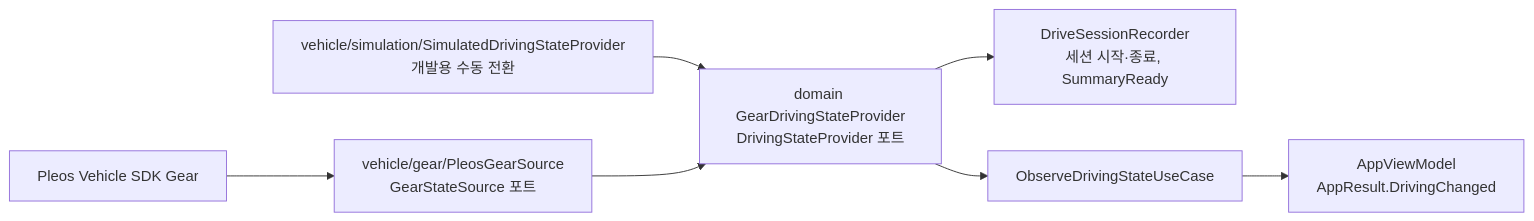
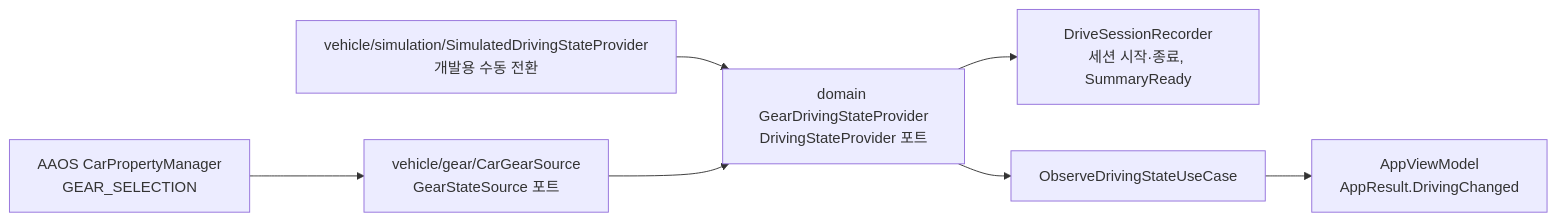
The diagram in docs/plans/active/T-034-gear-driving-state.md (Potatoes-Book-5/WithIm), drawn with Mermaid before and after one commit. The commit also changed other lines of this file and 15 other files, not shown here.

First line of the commit message:
refactor(F-009): read the gear from AAOS GEAR_SELECTION

````diff
--- a/docs/plans/active/T-034-gear-driving-state.md
+++ b/docs/plans/active/T-034-gear-driving-state.md
@@ -30,8 +27,8 @@
 ```mermaid
 flowchart LR
-    SDK[Pleos Vehicle SDK Gear] --> Src[vehicle/gear/PleosGearSource<br/>GearStateSource 포트]
+    Car[AAOS CarPropertyManager<br/>GEAR_SELECTION] --> Src[vehicle/gear/CarGearSource<br/>GearStateSource 포트]
     Sim[vehicle/simulation/SimulatedDrivingStateProvider<br/>개발용 수동 전환] --> P
     Src --> P[domain GearDrivingStateProvider<br/>DrivingStateProvider 포트]
     P --> Rec[DriveSessionRecorder<br/>세션 시작·종료, SummaryReady]
     P --> UC[ObserveDrivingStateUseCase] --> VM[AppViewModel<br/>AppResult.DrivingChanged]
 ```
````
